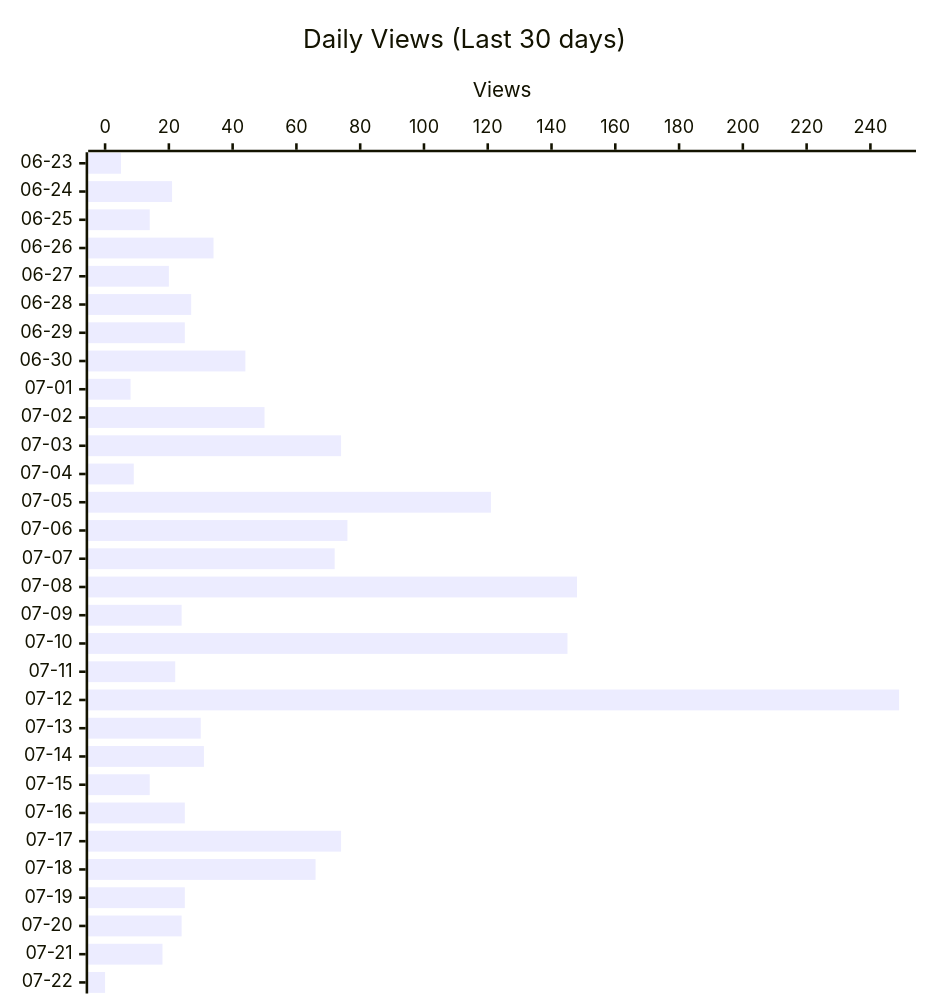
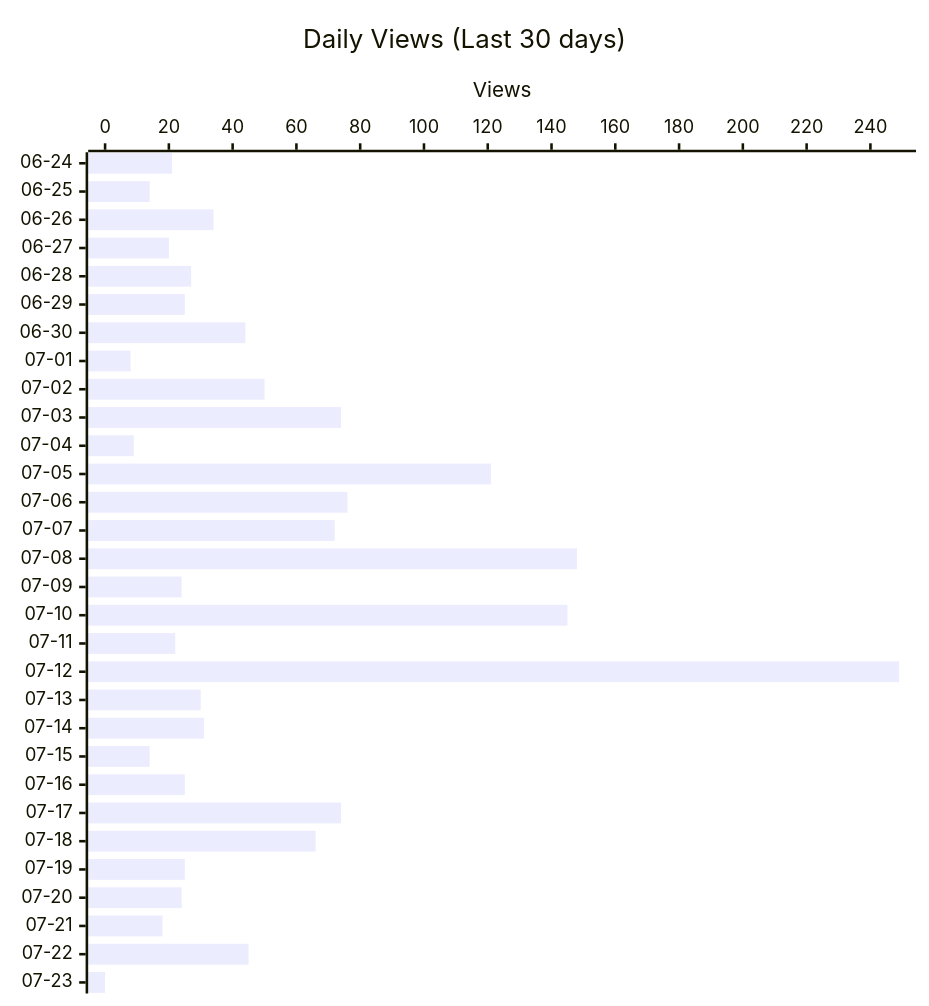
Before and after one commit to shigechika/github-insights: the second of 4 diagrams in README.md, drawn with Mermaid. The commit also changed other lines of this file and 2 other files, not shown here.

````diff
--- a/README.md
+++ b/README.md
@@ -28,12 +28,12 @@
 ```mermaid
 ---
 config:
   xyChart:
     height: 760
 ---
 xychart-beta horizontal
     title "Daily Views (Last 30 days)"
-    x-axis ["06-23", "06-24", "06-25", "06-26", "06-27", "06-28", "06-29", "06-30", "07-01", "07-02", "07-03", "07-04", "07-05", "07-06", "07-07", "07-08", "07-09", "07-10", "07-11", "07-12", "07-13", "07-14", "07-15", "07-16", "07-17", "07-18", "07-19", "07-20", "07-21", "07-22"]
+    x-axis ["06-24", "06-25", "06-26", "06-27", "06-28", "06-29", "06-30", "07-01", "07-02", "07-03", "07-04", "07-05", "07-06", "07-07", "07-08", "07-09", "07-10", "07-11", "07-12", "07-13", "07-14", "07-15", "07-16", "07-17", "07-18", "07-19", "07-20", "07-21", "07-22", "07-23"]
     y-axis "Views"
-    bar [5, 21, 14, 34, 20, 27, 25, 44, 8, 50, 74, 9, 121, 76, 72, 148, 24, 145, 22, 249, 30, 31, 14, 25, 74, 66, 25, 24, 18, 0]
+    bar [21, 14, 34, 20, 27, 25, 44, 8, 50, 74, 9, 121, 76, 72, 148, 24, 145, 22, 249, 30, 31, 14, 25, 74, 66, 25, 24, 18, 45, 0]
 ```
````
